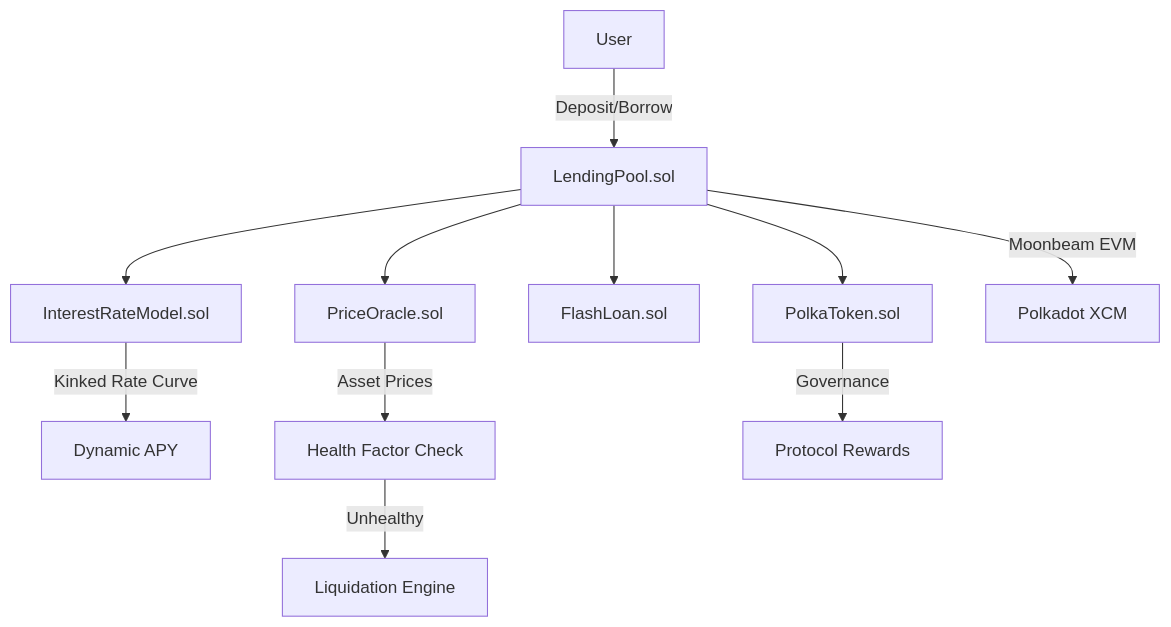
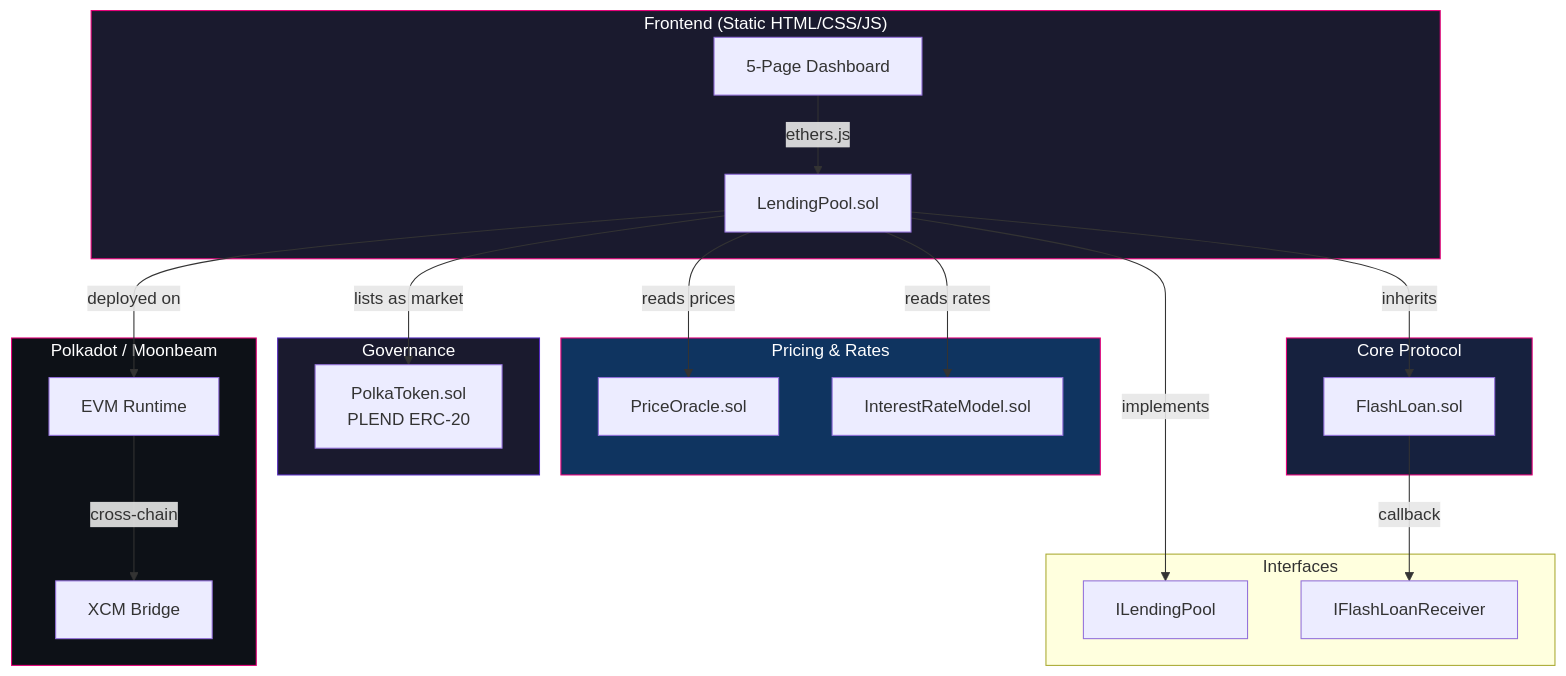
Before and after one commit to Akasxh/polkalend: the first of 3 diagrams in README.md, drawn with Mermaid. The commit also changed other lines of this file and 18 other files, not shown here.

First line of the commit message:
feat: upgrade frontend to 5-page SPA, add 12 edge-case tests, infra & docs

````diff
--- a/README.md
+++ b/README.md
@@ -39,13 +79,47 @@
 ```mermaid
 graph TD
-    A[User] -->|Deposit/Borrow| B[LendingPool.sol]
-    B --> C[InterestRateModel.sol]
-    B --> D[PriceOracle.sol]
-    B --> E[FlashLoan.sol]
-    C -->|Kinked Rate Curve| F[Dynamic APY]
-    D -->|Asset Prices| G[Health Factor Check]
-    G -->|Unhealthy| H[Liquidation Engine]
-    B --> I[PolkaToken.sol]
-    I -->|Governance| J[Protocol Rewards]
-    B -->|Moonbeam EVM| K[Polkadot XCM]
+    subgraph Frontend["Frontend (Static HTML/CSS/JS)"]
+        UI[5-Page Dashboard]
+        UI --> |ethers.js| POOL
+    end
+
+    subgraph Core["Core Protocol"]
+        POOL[LendingPool.sol]
+        FLASH[FlashLoan.sol]
+        POOL -->|inherits| FLASH
+    end
+
+    subgraph Models["Pricing & Rates"]
+        ORACLE[PriceOracle.sol]
+        IRM[InterestRateModel.sol]
+    end
+
+    subgraph Token["Governance"]
+        PLEND[PolkaToken.sol<br/>PLEND ERC-20]
+    end
+
+    subgraph Interfaces["Interfaces"]
+        ILP[ILendingPool]
+        IFLR[IFlashLoanReceiver]
+    end
+
+    POOL -->|reads prices| ORACLE
+    POOL -->|reads rates| IRM
+    POOL -->|implements| ILP
+    FLASH -->|callback| IFLR
+    POOL -->|lists as market| PLEND
+
+    subgraph Network["Polkadot / Moonbeam"]
+        EVM[EVM Runtime]
+        XCM[XCM Bridge]
+    end
+
+    POOL -->|deployed on| EVM
+    EVM -->|cross-chain| XCM
+
+    style Frontend fill:#1a1a2e,stroke:#e6007a,color:#fff
+    style Core fill:#16213e,stroke:#e6007a,color:#fff
+    style Models fill:#0f3460,stroke:#e6007a,color:#fff
+    style Token fill:#1a1a2e,stroke:#552bbf,color:#fff
+    style Network fill:#0d1117,stroke:#e6007a,color:#fff
 ```
````
